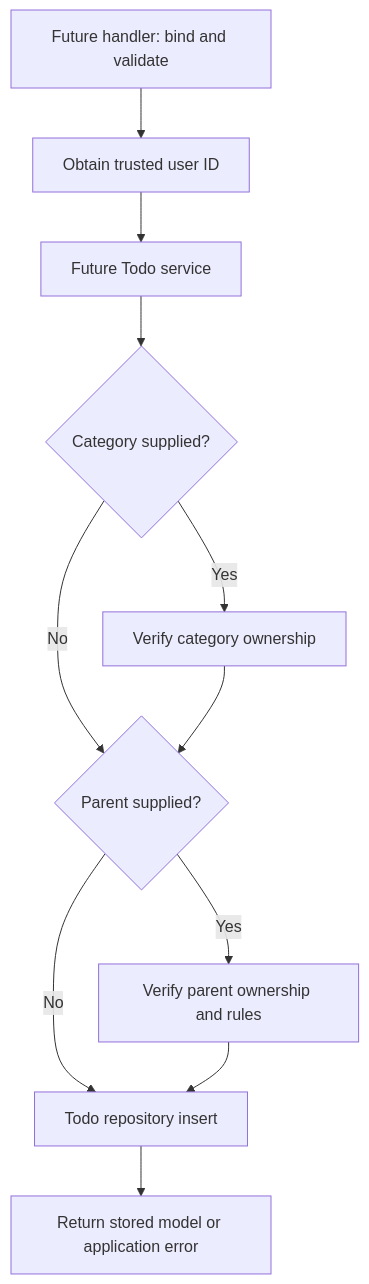
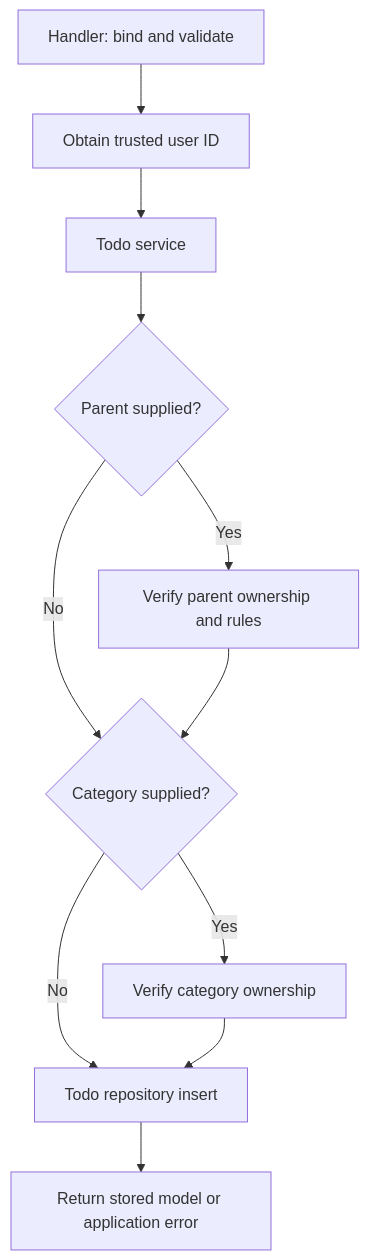
One commit to vinaykvv00/tasker changed the diagram in apps/backend/internal/service/README.md. Above: the diagram before and after it, drawn with Mermaid. The commit also changed other lines of this file and 36 other files, not shown here.

````diff
--- a/apps/backend/internal/service/README.md
+++ b/apps/backend/internal/service/README.md
@@ -30,13 +36,13 @@
 ```mermaid
 flowchart TD
-    Handler[Future handler: bind and validate] --> Identity[Obtain trusted user ID]
-    Identity --> Service[Future Todo service]
-    Service --> Category{Category supplied?}
+    Handler[Handler: bind and validate] --> Identity[Obtain trusted user ID]
+    Identity --> Service[Todo service]
+    Service --> Parent{Parent supplied?}
+    Parent -->|Yes| CheckParent[Verify parent ownership and rules]
+    Parent -->|No| Category{Category supplied?}
+    CheckParent --> Category
     Category -->|Yes| CheckCategory[Verify category ownership]
-    Category -->|No| Parent{Parent supplied?}
-    CheckCategory --> Parent
-    Parent -->|Yes| CheckParent[Verify parent ownership and rules]
-    Parent -->|No| Insert[Todo repository insert]
-    CheckParent --> Insert
+    Category -->|No| Insert[Todo repository insert]
+    CheckCategory --> Insert
     Insert --> Result[Return stored model or application error]
 ```
````
